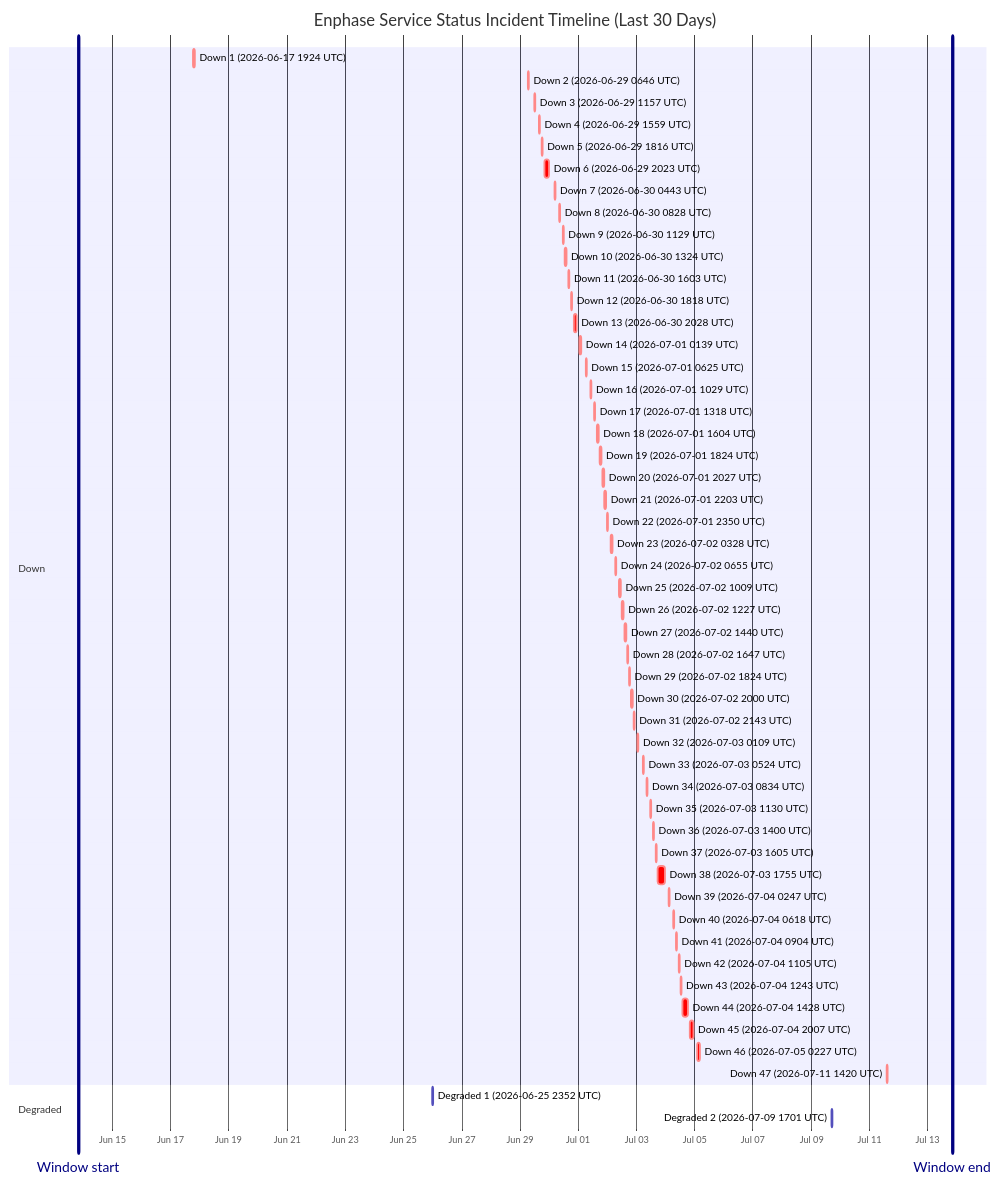
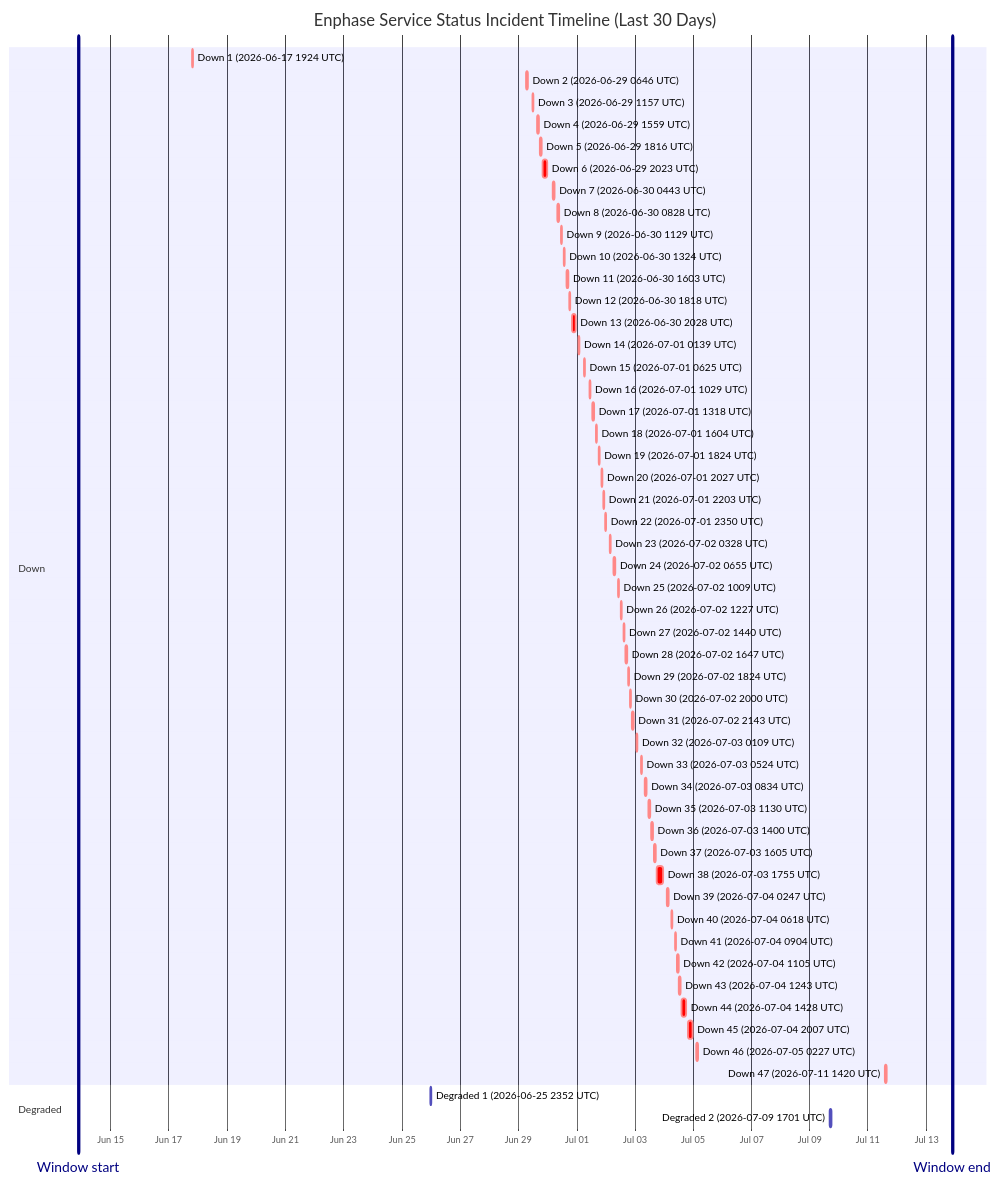
The diagram in wiki/Service-Status-History.md (barneyonline/ha-enphase-energy), drawn with Mermaid before and after one commit. The commit also changed other lines of this file and 3 other files, not shown here.

````diff
--- a/wiki/Service-Status-History.md
+++ b/wiki/Service-Status-History.md
@@ -14,59 +14,59 @@
 ```mermaid
 gantt
     title Enphase Service Status Incident Timeline (Last 30 Days)
     dateFormat  YYYY-MM-DDTHH:mm:ss
     axisFormat  %b %d
-    Window start :vert, window-start, 2026-06-13T20:18:57, 0ms
-    Window end :vert, window-end, 2026-07-13T20:18:57, 0ms
+    Window start :vert, window-start, 2026-06-13T21:28:31, 0ms
+    Window end :vert, window-end, 2026-07-13T21:28:31, 0ms
     section Down
     Down 1 (2026-06-17 1924 UTC) :crit, down-1, 2026-06-17T19:24:51, 60m
     Down 2 (2026-06-29 0646 UTC) :crit, down-2, 2026-06-29T06:46:18, 60m
     Down 3 (2026-06-29 1157 UTC) :crit, down-3, 2026-06-29T11:57:36, 60m
     Down 4 (2026-06-29 1559 UTC) :crit, down-4, 2026-06-29T15:59:02, 60m
     Down 5 (2026-06-29 1816 UTC) :crit, down-5, 2026-06-29T18:16:38, 60m
     Down 6 (2026-06-29 2023 UTC) :crit, down-6, 2026-06-29T20:23:16, 220m
     Down 7 (2026-06-30 0443 UTC) :crit, down-7, 2026-06-30T04:43:54, 60m
     Down 8 (2026-06-30 0828 UTC) :crit, down-8, 2026-06-30T08:28:43, 60m
     Down 9 (2026-06-30 1129 UTC) :crit, down-9, 2026-06-30T11:29:15, 60m
     Down 10 (2026-06-30 1324 UTC) :crit, down-10, 2026-06-30T13:24:25, 60m
     Down 11 (2026-06-30 1603 UTC) :crit, down-11, 2026-06-30T16:03:26, 60m
     Down 12 (2026-06-30 1818 UTC) :crit, down-12, 2026-06-30T18:18:39, 60m
     Down 13 (2026-06-30 2028 UTC) :crit, down-13, 2026-06-30T20:28:54, 171m
     Down 14 (2026-07-01 0139 UTC) :crit, down-14, 2026-07-01T01:39:18, 60m
     Down 15 (2026-07-01 0625 UTC) :crit, down-15, 2026-07-01T06:25:35, 60m
     Down 16 (2026-07-01 1029 UTC) :crit, down-16, 2026-07-01T10:29:24, 60m
     Down 17 (2026-07-01 1318 UTC) :crit, down-17, 2026-07-01T13:18:31, 60m
     Down 18 (2026-07-01 1604 UTC) :crit, down-18, 2026-07-01T16:04:29, 60m
     Down 19 (2026-07-01 1824 UTC) :crit, down-19, 2026-07-01T18:24:21, 60m
     Down 20 (2026-07-01 2027 UTC) :crit, down-20, 2026-07-01T20:27:17, 60m
     Down 21 (2026-07-01 2203 UTC) :crit, down-21, 2026-07-01T22:03:46, 60m
     Down 22 (2026-07-01 2350 UTC) :crit, down-22, 2026-07-01T23:50:52, 60m
     Down 23 (2026-07-02 0328 UTC) :crit, down-23, 2026-07-02T03:28:33, 60m
     Down 24 (2026-07-02 0655 UTC) :crit, down-24, 2026-07-02T06:55:07, 60m
     Down 25 (2026-07-02 1009 UTC) :crit, down-25, 2026-07-02T10:09:15, 60m
     Down 26 (2026-07-02 1227 UTC) :crit, down-26, 2026-07-02T12:27:49, 60m
     Down 27 (2026-07-02 1440 UTC) :crit, down-27, 2026-07-02T14:40:53, 60m
     Down 28 (2026-07-02 1647 UTC) :crit, down-28, 2026-07-02T16:47:47, 60m
     Down 29 (2026-07-02 1824 UTC) :crit, down-29, 2026-07-02T18:24:26, 60m
     Down 30 (2026-07-02 2000 UTC) :crit, down-30, 2026-07-02T20:00:57, 60m
     Down 31 (2026-07-02 2143 UTC) :crit, down-31, 2026-07-02T21:43:52, 80m
     Down 32 (2026-07-03 0109 UTC) :crit, down-32, 2026-07-03T01:09:19, 60m
     Down 33 (2026-07-03 0524 UTC) :crit, down-33, 2026-07-03T05:24:23, 60m
     Down 34 (2026-07-03 0834 UTC) :crit, down-34, 2026-07-03T08:34:05, 60m
     Down 35 (2026-07-03 1130 UTC) :crit, down-35, 2026-07-03T11:30:41, 60m
     Down 36 (2026-07-03 1400 UTC) :crit, down-36, 2026-07-03T14:00:48, 60m
     Down 37 (2026-07-03 1605 UTC) :crit, down-37, 2026-07-03T16:05:49, 60m
     Down 38 (2026-07-03 1755 UTC) :crit, down-38, 2026-07-03T17:55:54, 338m
     Down 39 (2026-07-04 0247 UTC) :crit, down-39, 2026-07-04T02:47:22, 60m
     Down 40 (2026-07-04 0618 UTC) :crit, down-40, 2026-07-04T06:18:09, 60m
     Down 41 (2026-07-04 0904 UTC) :crit, down-41, 2026-07-04T09:04:41, 60m
     Down 42 (2026-07-04 1105 UTC) :crit, down-42, 2026-07-04T11:05:21, 60m
     Down 43 (2026-07-04 1243 UTC) :crit, down-43, 2026-07-04T12:43:25, 60m
     Down 44 (2026-07-04 1428 UTC) :crit, down-44, 2026-07-04T14:28:07, 243m
     Down 45 (2026-07-04 2007 UTC) :crit, down-45, 2026-07-04T20:07:50, 206m
     Down 46 (2026-07-05 0227 UTC) :crit, down-46, 2026-07-05T02:27:32, 109m
     Down 47 (2026-07-11 1420 UTC) :crit, down-47, 2026-07-11T14:20:54, 69m
     section Degraded
     Degraded 1 (2026-06-25 2352 UTC) :active, degraded-1, 2026-06-25T23:52:01, 60m
     Degraded 2 (2026-07-09 1701 UTC) :active, degraded-2, 2026-07-09T17:01:02, 60m
 ```
````
